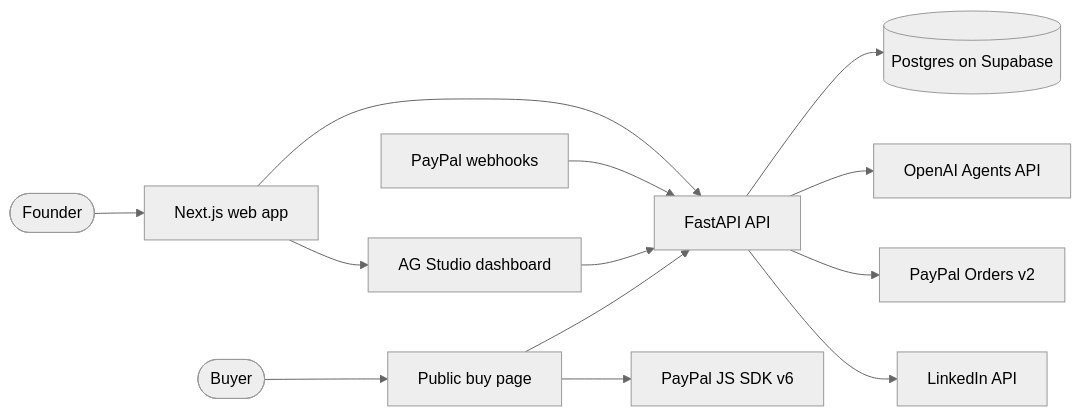
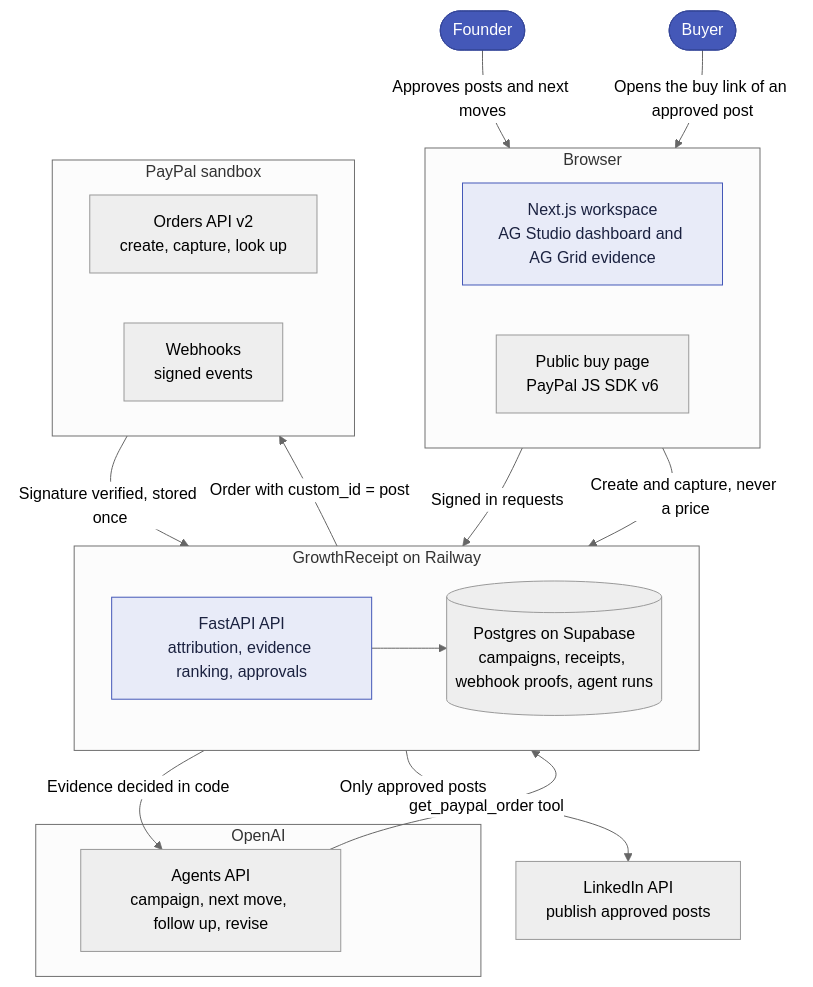
The first of 5 diagrams in docs/hackathon/architecture.md (tekbel/growthreceipt), drawn with Mermaid (neutral theme) before and after one commit. The commit also changed 1 other file, not shown here.

Commit message:
docs: system diagram groups services by owner and labels each connection
The system flowchart now runs top to bottom with Browser, GrowthReceipt,
PayPal sandbox and OpenAI groups, labels what crosses each arrow
(custom_id attribution, verified webhooks, evidence decided in code,
only approved posts published) and renders at scale 3.

````diff
--- a/docs/hackathon/architecture.md
+++ b/docs/hackathon/architecture.md
@@ -29,15 +29,45 @@
 ```mermaid
-flowchart LR
-  founder([Founder]) --> web[Next.js web app]
-  buyer([Buyer]) --> buy[Public buy page]
-  web --> api[FastAPI API]
-  buy --> api
-  buy --> sdk[PayPal JS SDK v6]
-  api --> db[(Postgres on Supabase)]
-  api --> openai[OpenAI Agents API]
-  api --> orders[PayPal Orders v2]
-  paypalhook[PayPal webhooks] --> api
-  web --> studio[AG Studio dashboard]
-  studio --> api
-  api --> linkedin[LinkedIn API]
+flowchart TB
+  founder([Founder])
+  buyer([Buyer])
+
+  subgraph browser [Browser]
+    direction LR
+    web[Next.js workspace<br/>AG Studio dashboard and AG Grid evidence]
+    buy[Public buy page<br/>PayPal JS SDK v6]
+  end
+
+  subgraph gr [GrowthReceipt on Railway]
+    direction LR
+    api[FastAPI API<br/>attribution, evidence ranking, approvals]
+    db[(Postgres on Supabase<br/>campaigns, receipts, webhook proofs, agent runs)]
+  end
+
+  subgraph paypal [PayPal sandbox]
+    direction LR
+    orders[Orders API v2<br/>create, capture, look up]
+    hooks[Webhooks<br/>signed events]
+  end
+
+  subgraph ai [OpenAI]
+    agents[Agents API<br/>campaign, next move, follow up, revise]
+  end
+
+  linkedin[LinkedIn API<br/>publish approved posts]
+
+  founder -->|Approves posts and next moves| web
+  buyer -->|Opens the buy link of an approved post| buy
+  web -->|Signed in requests| api
+  buy -->|Create and capture, never a price| api
+  api -->|Order with custom_id = post| orders
+  hooks -->|Signature verified, stored once| api
+  api -->|Evidence decided in code| agents
+  agents -->|get_paypal_order tool| api
+  api --> db
+  api -->|Only approved posts| linkedin
+
+  classDef human fill:#4458b8,stroke:#36479a,color:#ffffff
+  classDef gate fill:#e8ebf8,stroke:#4458b8,color:#1b2240
+  class founder,buyer human
+  class web,api gate
 ```
````
